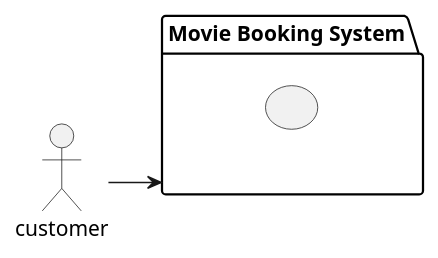
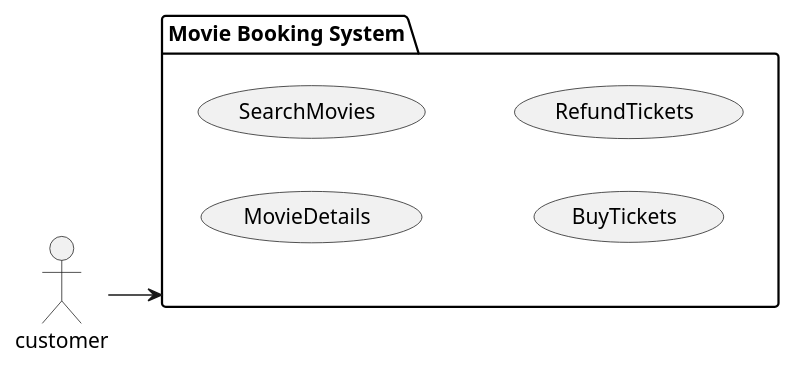
The seventh of 11 diagrams in _posts/2025-04-01-movie-booking-system-1.md (mannercode/mannercode.github.io), drawn with PlantUML before and after one commit. The commit also changed other lines of this file and 22 other files, not shown here.

First line of the commit message:
Add UML diagrams for Movie Booking System use cases and interactions

```diff
--- a/_posts/2025-04-01-movie-booking-system-1.md
+++ b/_posts/2025-04-01-movie-booking-system-1.md
@@ -210,12 +207,15 @@
 {% plantuml %}
 @startuml
 left to right direction
 actor customer
 
 package "Movie Booking System" as mbs {
-    usecase " "
+    usecase MovieDetails
+    usecase SearchMovies
+    usecase BuyTickets
+    usecase RefundTickets
 }
 
 customer --> mbs
 @enduml
 {% endplantuml %}
```
